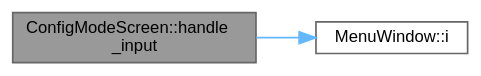
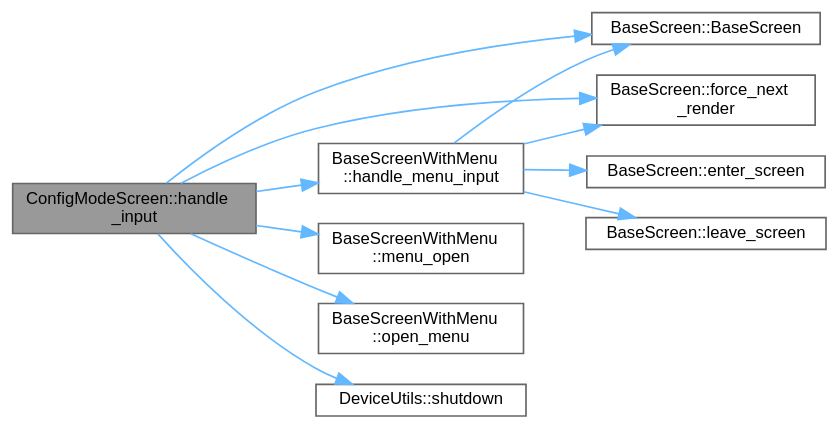
One commit to Safecast/bGeigieZen changed the diagram in designs/graphs/docbook/class_config_mode_screen_a7fcba3bb1764bd72b76c1f80f1f6a762_cgraph.dot. Above: the diagram before and after it, drawn with Graphviz. The commit also changed 5301 other files, not shown here.

Commit message:
Added device ID and changed boot screen.

```diff
--- a/designs/graphs/docbook/class_config_mode_screen_a7fcba3bb1764bd72b76c1f80f1f6a762_cgraph.dot
+++ b/designs/graphs/docbook/class_config_mode_screen_a7fcba3bb1764bd72b76c1f80f1f6a762_cgraph.dot
@@ -1,11 +1,27 @@
 digraph "ConfigModeScreen::handle_input"
 {
  // LATEX_PDF_SIZE
   bgcolor="transparent";
   edge [fontname=Helvetica,fontsize=10,labelfontname=Helvetica,labelfontsize=10];
   node [fontname=Helvetica,fontsize=10,shape=box,height=0.2,width=0.4];
   rankdir="LR";
   Node1 [id="Node000001",label="ConfigModeScreen::handle\l_input",height=0.2,width=0.4,color="gray40", fillcolor="grey60", style="filled", fontcolor="black",tooltip=" "];
-  Node1 -> Node2 [id="edge2_Node000001_Node000002",color="steelblue1",style="solid",tooltip=" "];
-  Node2 [id="Node000002",label="MenuWindow::i",height=0.2,width=0.4,color="grey40", fillcolor="white", style="filled",URL="$class_menu_window.html#a9c91d3d091851ede9828695486d29de1",tooltip=" "];
+  Node1 -> Node2 [id="edge11_Node000001_Node000002",color="steelblue1",style="solid",tooltip=" "];
+  Node2 [id="Node000002",label="BaseScreen::BaseScreen",height=0.2,width=0.4,color="grey40", fillcolor="white", style="filled",URL="$class_base_screen.html#a2e28e5b4ef3027c3c4392dfb4a6c3ff8",tooltip=" "];
+  Node1 -> Node3 [id="edge12_Node000001_Node000003",color="steelblue1",style="solid",tooltip=" "];
+  Node3 [id="Node000003",label="BaseScreen::force_next\l_render",height=0.2,width=0.4,color="grey40", fillcolor="white", style="filled",URL="$class_base_screen.html#a475d077e56c80429539f9c8a973752dd",tooltip=" "];
+  Node1 -> Node4 [id="edge13_Node000001_Node000004",color="steelblue1",style="solid",tooltip=" "];
+  Node4 [id="Node000004",label="BaseScreenWithMenu\l::handle_menu_input",height=0.2,width=0.4,color="grey40", fillcolor="white", style="filled",URL="$class_base_screen_with_menu.html#ad5a98a6810c71d60582197b4cec5bb5d",tooltip=" "];
+  Node4 -> Node2 [id="edge14_Node000004_Node000002",color="steelblue1",style="solid",tooltip=" "];
+  Node4 -> Node5 [id="edge15_Node000004_Node000005",color="steelblue1",style="solid",tooltip=" "];
+  Node5 [id="Node000005",label="BaseScreen::enter_screen",height=0.2,width=0.4,color="grey40", fillcolor="white", style="filled",URL="$class_base_screen.html#a19944bf3ea67c81ccd2269fb16c9e2ea",tooltip=" "];
+  Node4 -> Node3 [id="edge16_Node000004_Node000003",color="steelblue1",style="solid",tooltip=" "];
+  Node4 -> Node6 [id="edge17_Node000004_Node000006",color="steelblue1",style="solid",tooltip=" "];
+  Node6 [id="Node000006",label="BaseScreen::leave_screen",height=0.2,width=0.4,color="grey40", fillcolor="white", style="filled",URL="$class_base_screen.html#a39550ebc8de9c9324c5abde283eb52c1",tooltip=" "];
+  Node1 -> Node7 [id="edge18_Node000001_Node000007",color="steelblue1",style="solid",tooltip=" "];
+  Node7 [id="Node000007",label="BaseScreenWithMenu\l::menu_open",height=0.2,width=0.4,color="grey40", fillcolor="white", style="filled",URL="$class_base_screen_with_menu.html#ab66bf6129a48cb1012009a3fe21a00b8",tooltip=" "];
+  Node1 -> Node8 [id="edge19_Node000001_Node000008",color="steelblue1",style="solid",tooltip=" "];
+  Node8 [id="Node000008",label="BaseScreenWithMenu\l::open_menu",height=0.2,width=0.4,color="grey40", fillcolor="white", style="filled",URL="$class_base_screen_with_menu.html#a8f6be48185ed453fde17e48f372951b1",tooltip=" "];
+  Node1 -> Node9 [id="edge20_Node000001_Node000009",color="steelblue1",style="solid",tooltip=" "];
+  Node9 [id="Node000009",label="DeviceUtils::shutdown",height=0.2,width=0.4,color="grey40", fillcolor="white", style="filled",URL="$class_device_utils.html#af32ea5953b8187c07a39ff8b2247a216",tooltip=" "];
 }
```
